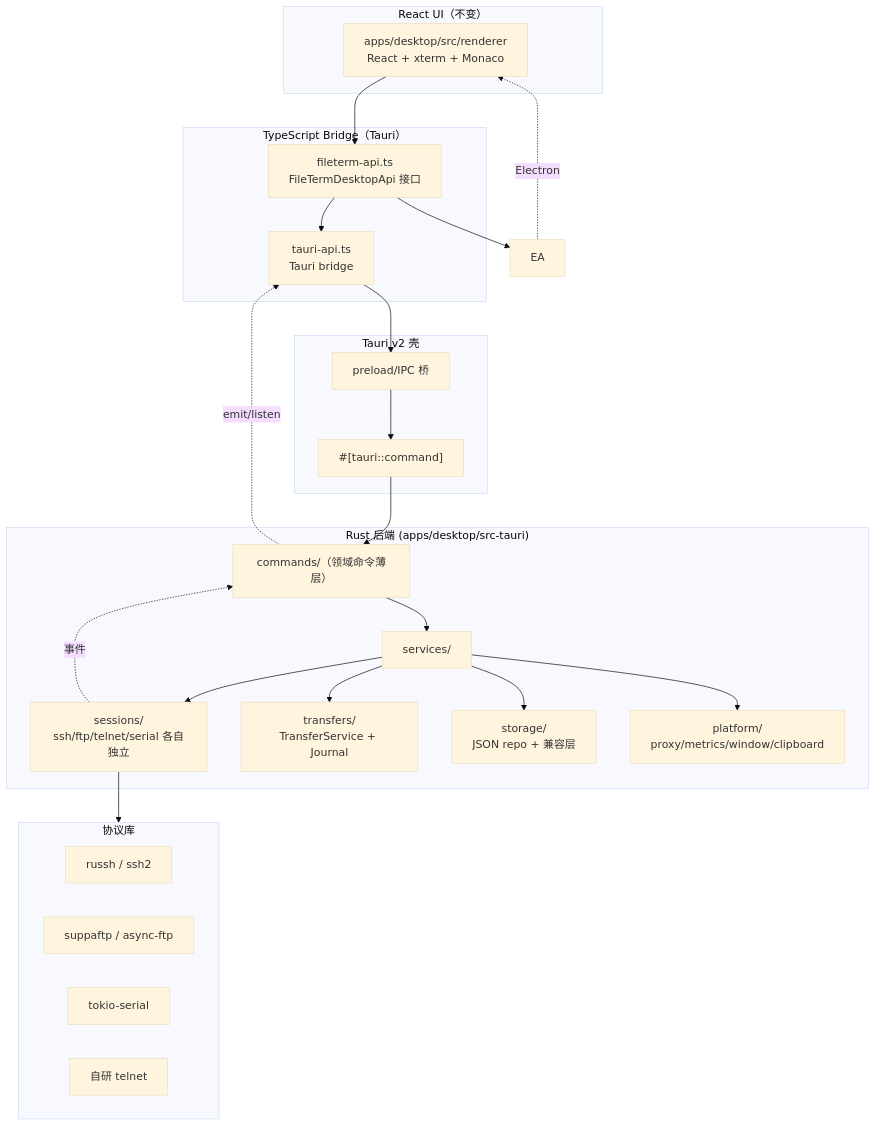
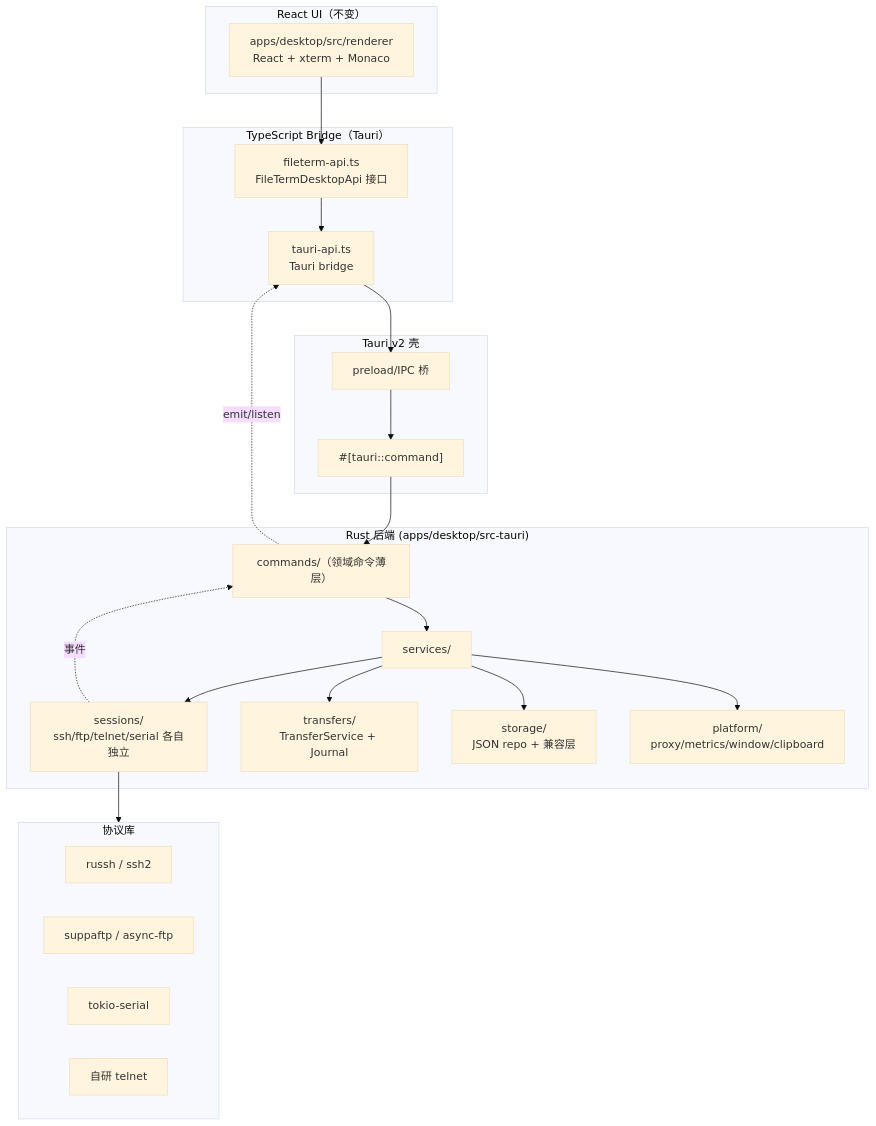
The first of 7 diagrams in docs/plans/active/rust-backend-migration-plan.md (ynx-official/fileterm), drawn with Mermaid (base theme) before and after one commit. The commit also changed other lines of this file and 35 other files, not shown here.

````diff
--- a/docs/plans/active/rust-backend-migration-plan.md
+++ b/docs/plans/active/rust-backend-migration-plan.md
@@ -153,39 +156,37 @@
 ```mermaid
 graph TB
   subgraph Renderer["React UI（不变）"]
     UI["apps/desktop/src/renderer<br/>React + xterm + Monaco"]
   end
   subgraph Bridge["TypeScript Bridge（Tauri）"]
     FA["fileterm-api.ts<br/>FileTermDesktopApi 接口"]
     TA["tauri-api.ts<br/>Tauri bridge"]
   end
   subgraph TauriShell["Tauri v2 壳"]
     TPRE["preload/IPC 桥"]
     TCMD["#[tauri::command]"]
   end
   subgraph RustBackend["Rust 后端 (apps/desktop/src-tauri)"]
     CMD["commands/（领域命令薄层）"]
     SVC["services/"]
     SESS["sessions/<br/>ssh/ftp/telnet/serial 各自独立"]
     TRF["transfers/<br/>TransferService + Journal"]
     STO["storage/<br/>JSON repo + 兼容层"]
     PLT["platform/<br/>proxy/metrics/window/clipboard"]
   end
   subgraph Native["协议库"]
     RUS["russh / ssh2"]
     FTP["suppaftp / async-ftp"]
     SER["tokio-serial"]
     TEL["自研 telnet"]
   end
   UI --> FA
-  FA --> EA
   FA --> TA
-  EA -.Electron.-> UI
   TA --> TPRE --> TCMD --> CMD
   CMD --> SVC
   SVC --> SESS --> Native
   SVC --> TRF
   SVC --> STO
   SVC --> PLT
   SESS -.事件.-> CMD -.emit/listen.-> TA
 ```
````
